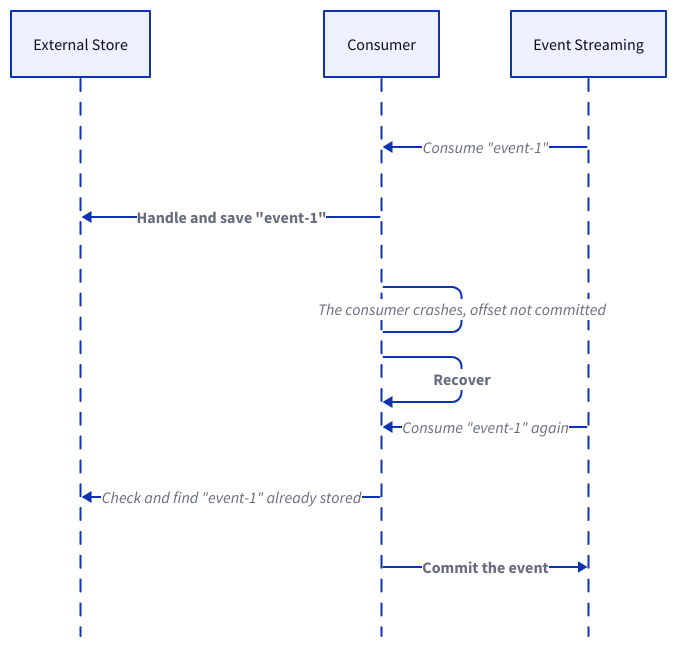
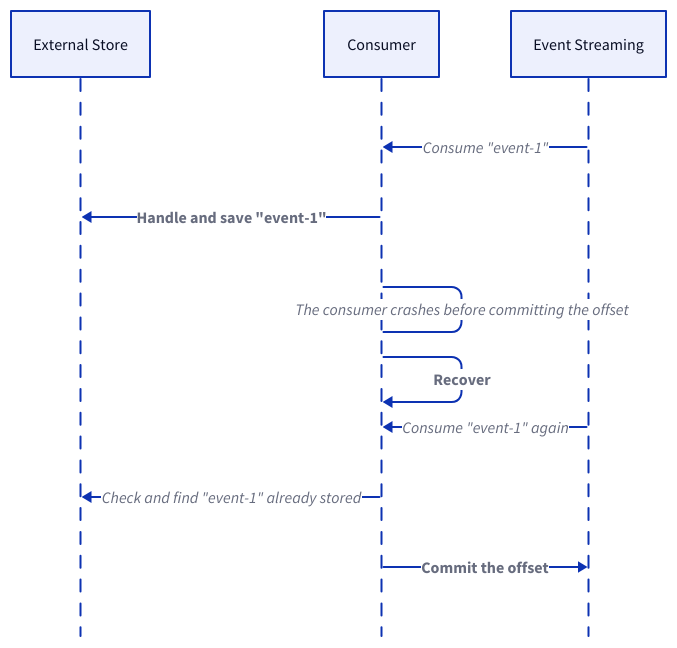
One commit to link1905/system-design-101 changed diagram 14 of 14 in content/data-persistence/event-streaming-platform/delivery-semantics.md. Above: the diagram before and after it, drawn with D2. The commit also changed other lines of this file and 42 other files, not shown here.

````diff
--- a/content/data-persistence/event-streaming-platform/delivery-semantics.md
+++ b/content/data-persistence/event-streaming-platform/delivery-semantics.md
@@ -384,27 +380,27 @@
 ```d2
 shape: sequence_diagram
 d: External Store {
     class: db
 }
 c: Consumer {
     class: client
 }
 q: Event Streaming {
     class: mq
 }
 q -> c: Consume "event-1"
 c -> d: Handle and save "event-1" {
     style.bold: true
 }
-c -- c: The consumer crashes, offset not committed {
+c -- c: The consumer crashes before committing the offset {
     class: error-conn
 }
 c -> c: Recover {
     style.bold: true
 }
 q -> c: Consume "event-1" again
 c -> d: Check and find "event-1" already stored
-c -> q: Commit the event {
+c -> q: Commit the offset {
     style.bold: true
 }
 ```
````
